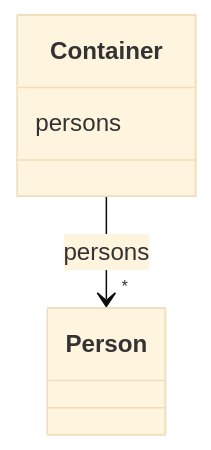
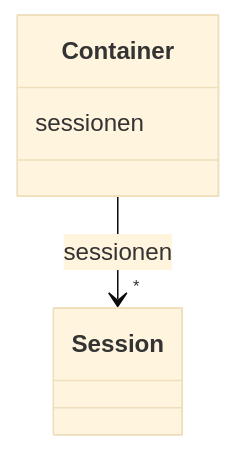
The diagram in tutorial/output/docs/Container.md (swiss/political-affairs-ech-group), drawn with Mermaid (base theme) before and after one commit. The commit also changed other lines of this file and 40 other files, not shown here.

````diff
--- a/tutorial/output/docs/Container.md
+++ b/tutorial/output/docs/Container.md
@@ -14,15 +14,15 @@
 ```mermaid
  classDiagram
     class Container
     click Container href "../Container"
-      Container : persons
+      Container : sessionen
         
           
     
     
-    Container --> "*" Person : persons
-    click Person href "../Person"
+    Container --> "*" Session : sessionen
+    click Session href "../Session"
 
         
       
 ```
````
